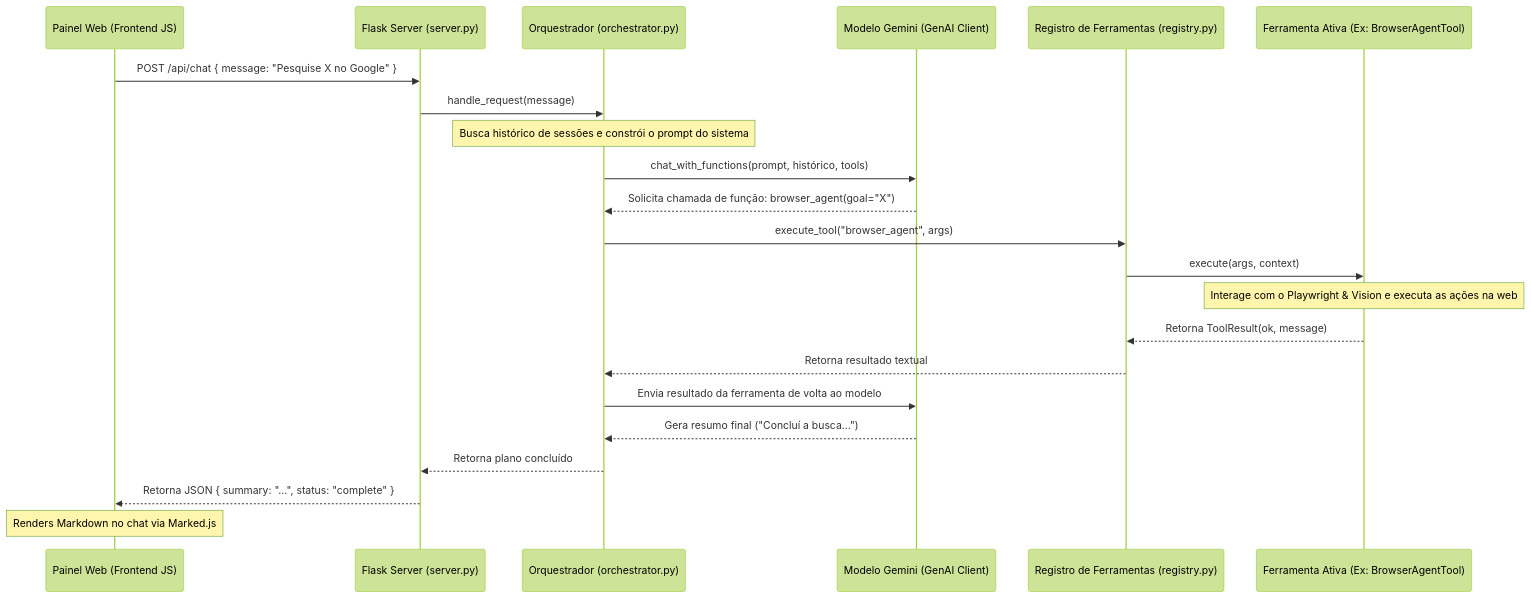
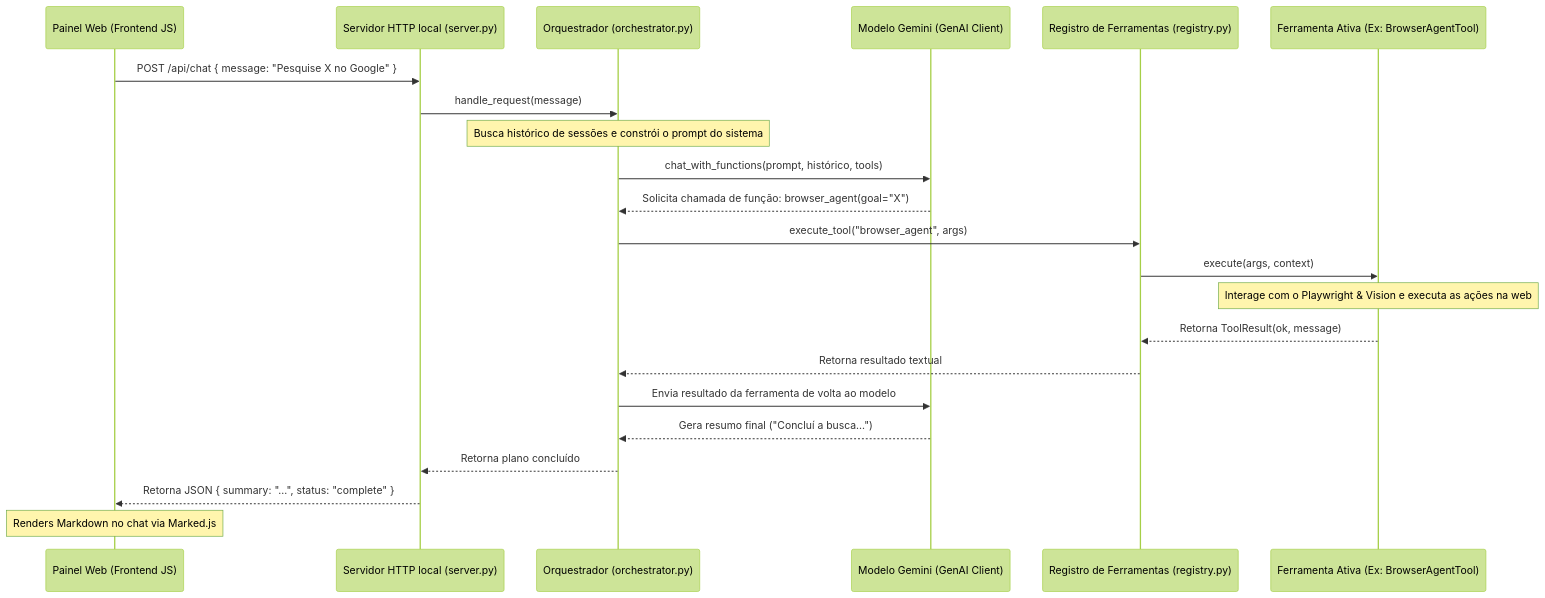
The diagram in docs/ARCHITECTURE.md (jeangoncalves1414-netizen/jarvis-refatorado), drawn with Mermaid (forest theme) before and after one commit. The commit also changed other lines of this file and 582 other files, not shown here.

````diff
--- a/docs/ARCHITECTURE.md
+++ b/docs/ARCHITECTURE.md
@@ -57,25 +57,25 @@
 ```mermaid
 sequenceDiagram
     participant UI as Painel Web (Frontend JS)
-    participant Server as Flask Server (server.py)
+    participant Server as Servidor HTTP local (server.py)
     participant Orc as Orquestrador (orchestrator.py)
     participant LLM as Modelo Gemini (GenAI Client)
     participant Registry as Registro de Ferramentas (registry.py)
     participant Tool as Ferramenta Ativa (Ex: BrowserAgentTool)
 
     UI->>Server: POST /api/chat { message: "Pesquise X no Google" }
     Server->>Orc: handle_request(message)
     Note over Orc: Busca histórico de sessões e constrói o prompt do sistema
     Orc->>LLM: chat_with_functions(prompt, histórico, tools)
     LLM-->>Orc: Solicita chamada de função: browser_agent(goal="X")
     Orc->>Registry: execute_tool("browser_agent", args)
     Registry->>Tool: execute(args, context)
     Note over Tool: Interage com o Playwright & Vision e executa as ações na web
     Tool-->>Registry: Retorna ToolResult(ok, message)
     Registry-->>Orc: Retorna resultado textual
     Orc->>LLM: Envia resultado da ferramenta de volta ao modelo
     LLM-->>Orc: Gera resumo final ("Concluí a busca...")
     Orc-->>Server: Retorna plano concluído
     Server-->>UI: Retorna JSON { summary: "...", status: "complete" }
     Note over UI: Renders Markdown no chat via Marked.js
 ```
````
